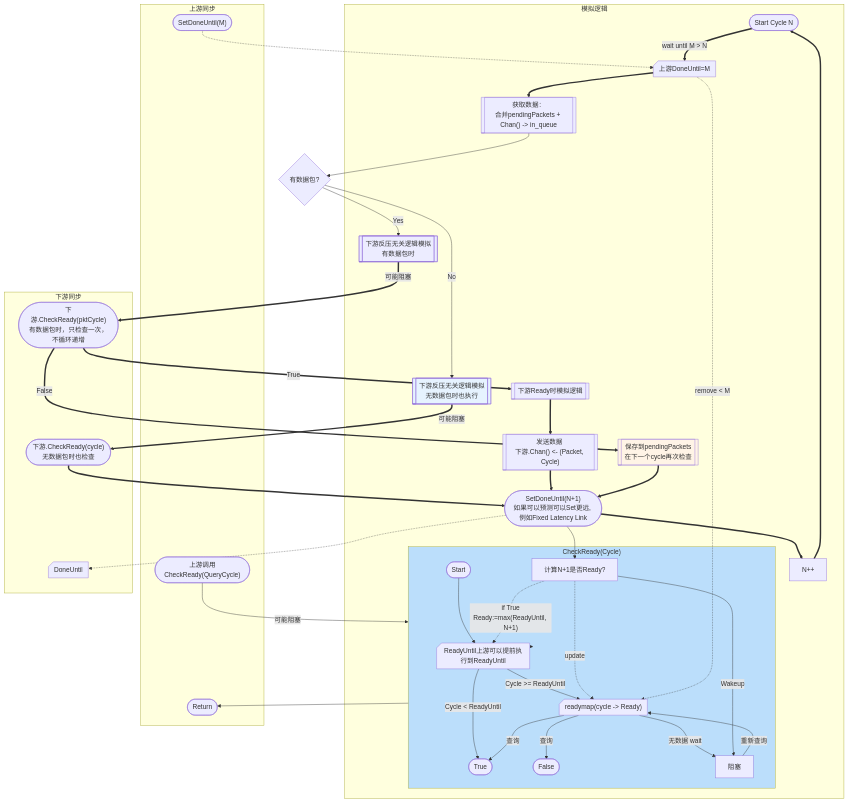
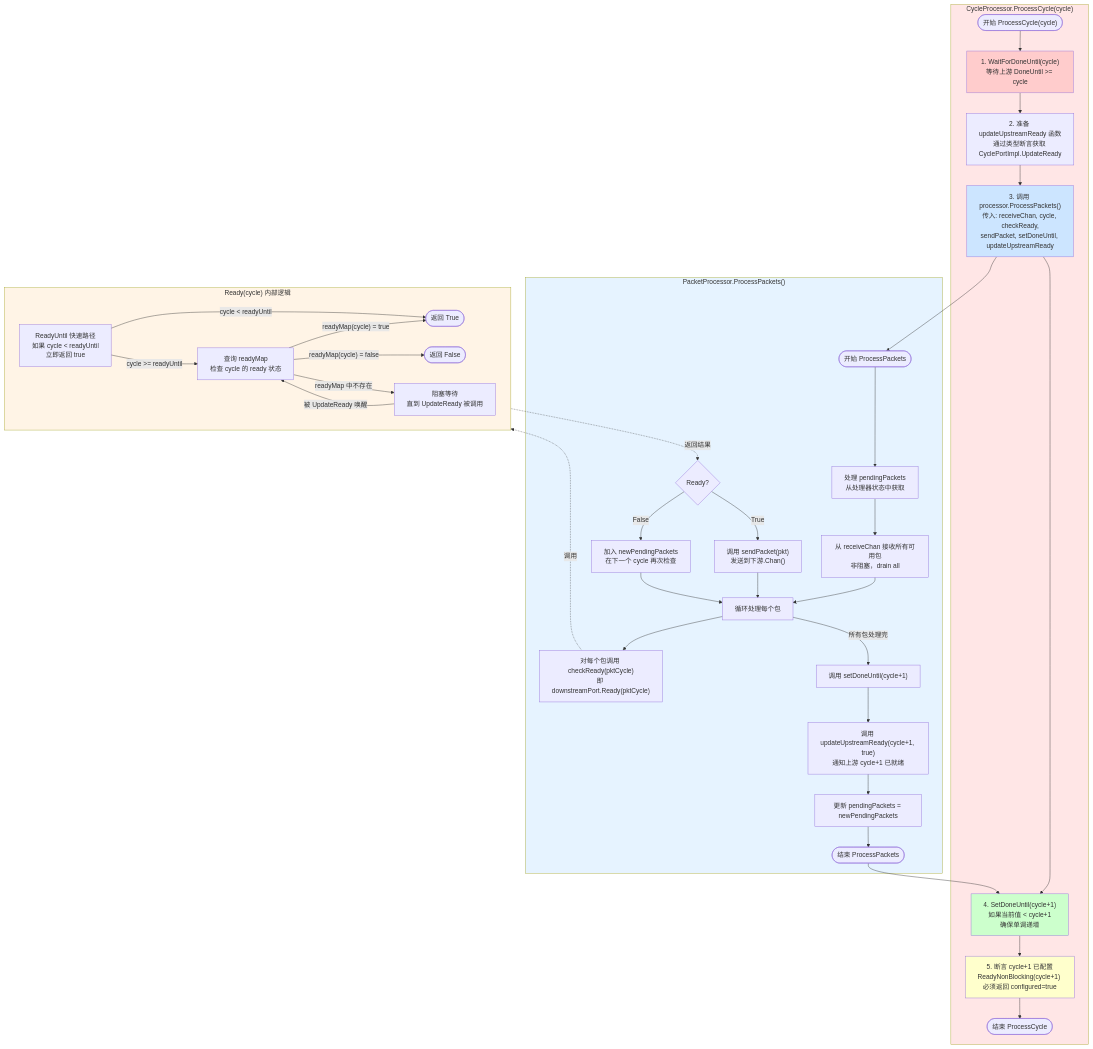
Before and after one commit to Readm/flow_control_sim: the first of 2 diagrams in doc/core/cycle_port.md, drawn with Mermaid. The commit also changed other lines of this file and 1 other file, not shown here.

````diff
--- a/doc/core/cycle_port.md
+++ b/doc/core/cycle_port.md
@@ -73,82 +79,75 @@
   layout: dagre
 ---
 flowchart TB
- subgraph s4["CheckReady(Cycle)"]
-        RU["ReadyUntil上游可以提前执行到ReadyUntil"]
-        RM["readymap(cycle -> Ready)"]
-        TRUE(["True"])
-        FALSE(["False"])
-        STALL["阻塞"]
-        Q["计算N+1是否Ready?"]
-        S4IN(["Start"])
-  end
- subgraph s3["模拟逻辑"]
-        A(["Start Cycle N"])
-        H["获取数据：<br>合并pendingPackets + Chan() -&gt; in_queue"]
-        I_Packet["下游反压无关逻辑模拟<br/>有数据包时"]
-        I_NoPacket["下游反压无关逻辑模拟<br/>无数据包时也执行"]
-        PENDING["保存到pendingPackets<br/>在下一个cycle再次检查"]
-        E["发送数据 <br>下游.Chan() &lt;- (Packet, Cycle)"]
-        C["下游Ready时模拟逻辑"]
-        P["N++"]
-        F(["SetDoneUntil(N+1)<br>如果可以预测可以Set更远, 例如Fixed Latency Link"])
-        n2["上游DoneUntil=M"]
-        s4
-  end
- subgraph s1["上游同步"]
-        K(["上游调用CheckReady(QueryCycle)"])
-        M(["Return"])
-        n3(["SetDoneUntil(M)"])
-  end
- subgraph s2["下游同步"]
-        B_Packet(["下游.CheckReady(pktCycle)<br/>有数据包时，只检查一次，不循环递增"])
-        B_NoPacket(["下游.CheckReady(cycle)<br/>无数据包时也检查"])
-        n1["DoneUntil"]
-  end
-    RU -- Cycle &lt; ReadyUntil --> TRUE
-    RU -- "Cycle >= ReadyUntil" --> RM
-    RM -- 查询 --> TRUE & FALSE
-    RM -- 无数据 wait --> STALL
-    STALL -- 重新查询 --> RM
-    Q -- Wakeup --> STALL
-    S4IN --> RU
-    K -- 可能阻塞 --> s4
-    H --> CheckData{有数据包?}
-    CheckData -->|Yes| I_Packet
-    CheckData -->|No| I_NoPacket
-    I_Packet == 可能阻塞 ==> B_Packet
-    I_NoPacket == 可能阻塞 ==> B_NoPacket
-    B_Packet == True ==> C
-    B_Packet == False ==> PENDING
-    B_NoPacket ==> F
-    C ==> E
-    F ==> P
-    F --> Q
-    F -.-> n1
-    E ==> F
-    PENDING ==> F
-    Q -. update .-> RM
-    Q -. "if True<br>Ready:=max(ReadyUntil, N+1)" .-> RU
-    P ==> A
-    A == "<span style=background-color:>wait until M &gt; N</span>" ==> n2
-    n2 ==> H
-    n2 -. remove &lt; M .-> RM
-    s4 --> s3 & M
-    n3 -.-> n2
+    subgraph CP["CycleProcessor.ProcessCycle(cycle)"]
+        START(["开始 ProcessCycle(cycle)"])
+        WAIT["1. WaitForDoneUntil(cycle)<br/>等待上游 DoneUntil >= cycle"]
+        PREPARE["2. 准备 updateUpstreamReady 函数<br/>通过类型断言获取 CyclePortImpl.UpdateReady"]
+        CALL_PROC["3. 调用 processor.ProcessPackets()<br/>传入: receiveChan, cycle, checkReady,<br/>sendPacket, setDoneUntil, updateUpstreamReady"]
+        SET_DONE["4. SetDoneUntil(cycle+1)<br/>如果当前值 < cycle+1<br/>确保单调递增"]
+        ASSERT["5. 断言 cycle+1 已配置<br/>ReadyNonBlocking(cycle+1) 必须返回 configured=true"]
+        END_CP(["结束 ProcessCycle"])
+    end
 
-    RU@{ shape: card}
-    RM@{ shape: card}
-    H@{ shape: subproc}
-    I_Packet@{ shape: subproc}
-    I_NoPacket@{ shape: subproc}
-    PENDING@{ shape: subproc}
-    E@{ shape: subproc}
-    C@{ shape: subproc}
-    n2@{ shape: card}
-    n1@{ shape: card}
-    style I_Packet stroke-width:2px,stroke-dasharray: 0
-    style I_NoPacket stroke-width:2px,stroke-dasharray: 0
-    style I_NoPacket fill:#E6F3FF
-    style PENDING fill:#FFF4E6
-    style s4 fill:#BBDEFB
+    subgraph PP["PacketProcessor.ProcessPackets()"]
+        START_PP(["开始 ProcessPackets"])
+        PENDING["处理 pendingPackets<br/>从处理器状态中获取"]
+        RECV["从 receiveChan 接收所有可用包<br/>非阻塞，drain all"]
+        LOOP["循环处理每个包"]
+        CHECK["对每个包调用 checkReady(pktCycle)<br/>即 downstreamPort.Ready(pktCycle)"]
+        READY{Ready?}
+        SEND["调用 sendPacket(pkt)<br/>发送到下游.Chan()"]
+        KEEP["加入 newPendingPackets<br/>在下一个 cycle 再次检查"]
+        DONE_PP["调用 setDoneUntil(cycle+1)"]
+        UPDATE["调用 updateUpstreamReady(cycle+1, true)<br/>通知上游 cycle+1 已就绪"]
+        SAVE["更新 pendingPackets = newPendingPackets"]
+        END_PP(["结束 ProcessPackets"])
+    end
+
+    subgraph READY_LOGIC["Ready(cycle) 内部逻辑"]
+        RU["ReadyUntil 快速路径<br/>如果 cycle < readyUntil<br/>立即返回 true"]
+        RM["查询 readyMap<br/>检查 cycle 的 ready 状态"]
+        BLOCK["阻塞等待<br/>直到 UpdateReady 被调用"]
+        TRUE_R(["返回 True"])
+        FALSE_R(["返回 False"])
+    end
+
+    START --> WAIT
+    WAIT --> PREPARE
+    PREPARE --> CALL_PROC
+    CALL_PROC --> SET_DONE
+    SET_DONE --> ASSERT
+    ASSERT --> END_CP
+
+    CALL_PROC --> START_PP
+    START_PP --> PENDING
+    PENDING --> RECV
+    RECV --> LOOP
+    LOOP --> CHECK
+    CHECK -.->|调用| READY_LOGIC
+    READY_LOGIC -.->|返回结果| READY
+    READY -->|True| SEND
+    READY -->|False| KEEP
+    SEND --> LOOP
+    KEEP --> LOOP
+    LOOP -->|所有包处理完| DONE_PP
+    DONE_PP --> UPDATE
+    UPDATE --> SAVE
+    SAVE --> END_PP
+    END_PP --> SET_DONE
+
+    RU -->|"cycle < readyUntil"| TRUE_R
+    RU -->|"cycle >= readyUntil"| RM
+    RM -->|"readyMap(cycle) = true"| TRUE_R
+    RM -->|"readyMap(cycle) = false"| FALSE_R
+    RM -->|"readyMap 中不存在"| BLOCK
+    BLOCK -->|"被 UpdateReady 唤醒"| RM
+
+    style CP fill:#FFE6E6
+    style PP fill:#E6F3FF
+    style READY_LOGIC fill:#FFF4E6
+    style WAIT fill:#FFCCCC
+    style CALL_PROC fill:#CCE5FF
+    style SET_DONE fill:#CCFFCC
+    style ASSERT fill:#FFFFCC
 ```
````
